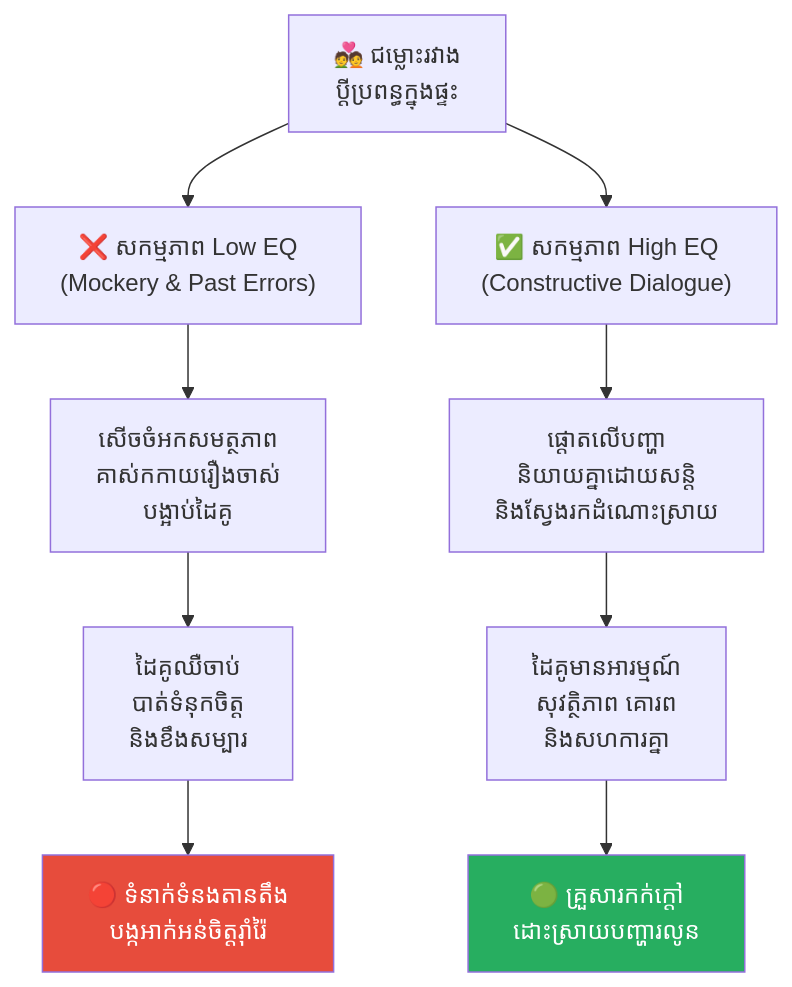
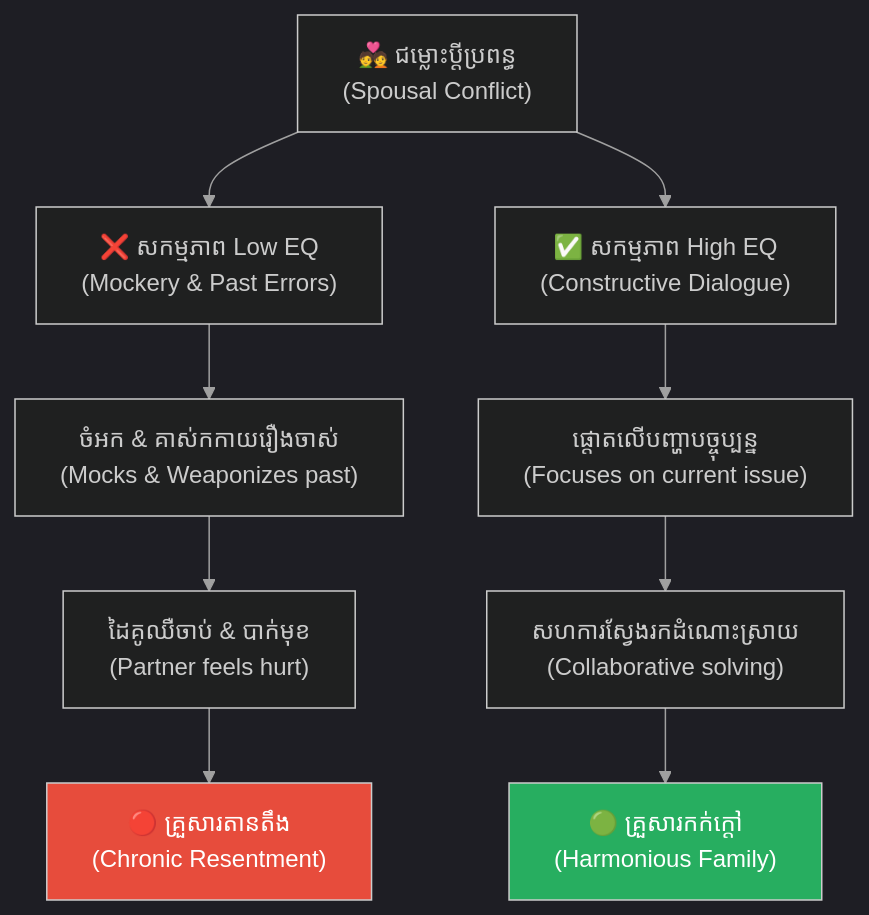
Before and after one commit to GuideStack/iblogger-feeds: the fifth of 6 diagrams in feeds/concepts/articles/03-science-of-communication-eq-flaws.md, drawn with Mermaid. The commit also changed other lines of this file, not shown here.

````diff
--- a/feeds/concepts/articles/03-science-of-communication-eq-flaws.md
+++ b/feeds/concepts/articles/03-science-of-communication-eq-flaws.md
@@ -176,16 +288,25 @@
 ```mermaid
+%%{init: {
+  'theme': 'dark',
+  'themeVariables': {
+    'background': '#1e1e1e',
+    'primaryTextColor': '#ffffff',
+    'lineColor': '#a0a0a0'
+  },
+  'themeCSS': 'svg { background-color: #1e1e1e !important; padding: 1rem !important; border-radius: 8px !important; } .edgeLabel rect { fill: #1e1e1e !important; } text, tspan { fill: #ffffff !important; }'
+}}%%
 graph TD
-    A["💑 ជម្លោះរវាង<br/>ប្តីប្រពន្ធក្នុងផ្ទះ"] --> B1["❌ សកម្មភាព Low EQ<br/>(Mockery & Past Errors)"]
+    A["💑 ជម្លោះប្តីប្រពន្ធ<br/>(Spousal Conflict)"] --> B1["❌ សកម្មភាព Low EQ<br/>(Mockery & Past Errors)"]
     A --> B2["✅ សកម្មភាព High EQ<br/>(Constructive Dialogue)"]
     
-    B1 --> C1["សើចចំអកសមត្ថភាព<br/>គាស់កកាយរឿងចាស់<br/>បង្អាប់ដៃគូ"]
-    C1 --> D1["ដៃគូឈឺចាប់<br/>បាត់ទំនុកចិត្ត<br/>និងខឹងសម្បារ"]
-    D1 --> E1["🔴 ទំនាក់ទំនងតានតឹង<br/>បង្កអាក់អន់ចិត្តរ៉ាំរ៉ៃ"]
+    B1 --> C1["ចំអក & គាស់កកាយរឿងចាស់<br/>(Mocks & Weaponizes past)"]
+    C1 --> D1["ដៃគូឈឺចាប់ & បាក់មុខ<br/>(Partner feels hurt)"]
+    D1 --> E1["🔴 គ្រួសារតានតឹង<br/>(Chronic Resentment)"]
     
-    B2 --> C2["ផ្តោតលើបញ្ហា<br/>និយាយគ្នាដោយសន្តិ<br/>និងស្វែងរកដំណោះស្រាយ"]
-    C2 --> D2["ដៃគូមានអារម្មណ៍<br/>សុវត្ថិភាព គោរព<br/>និងសហការគ្នា"]
-    D2 --> E2["🟢 គ្រួសារកក់ក្តៅ<br/>ដោះស្រាយបញ្ហារលូន"]
+    B2 --> C2["ផ្តោតលើបញ្ហាបច្ចុប្បន្ន<br/>(Focuses on current issue)"]
+    C2 --> D2["សហការស្វែងរកដំណោះស្រាយ<br/>(Collaborative solving)"]
+    D2 --> E2["🟢 គ្រួសារកក់ក្តៅ<br/>(Harmonious Family)"]
 
     style E1 fill:#e74c3c,color:#fff
     style E2 fill:#27ae60,color:#fff
 ```
````
